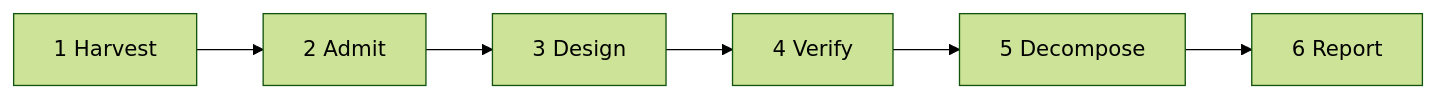
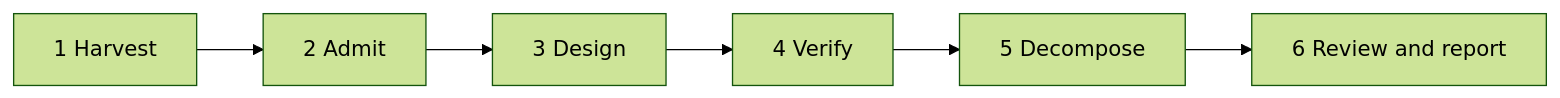
The first of 4 diagrams in README.md (migaia/sdd-generate), drawn with Mermaid (forest theme) before and after one commit. The commit also changed other lines of this file and 32 other files, not shown here.

````diff
--- a/README.md
+++ b/README.md
@@ -146,4 +146,4 @@
 ```mermaid
 flowchart LR
-  H[1 Harvest] --> A[2 Admit] --> D[3 Design] --> V[4 Verify] --> C[5 Decompose] --> R[6 Report]
+  H[1 Harvest] --> A[2 Admit] --> D[3 Design] --> V[4 Verify] --> C[5 Decompose] --> R[6 Review and report]
 ```
````
